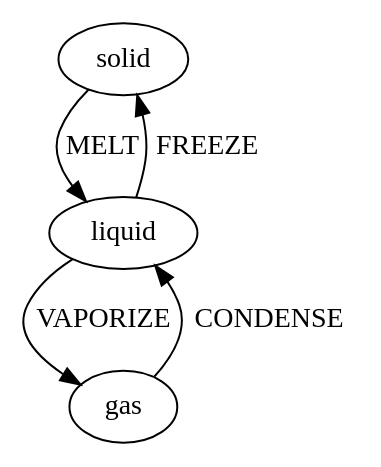
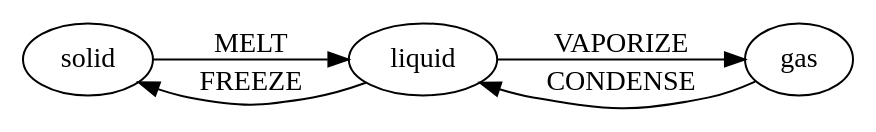
Before and after one commit to AkamTemitope/statemachines: the diagram in src/examples/matter.dot, drawn with Graphviz. The commit also changed 1 other file, not shown here.

```diff
--- a/src/examples/matter.dot
+++ b/src/examples/matter.dot
@@ -1,10 +1,10 @@
 digraph "matter" {
-  rankdir=TB;
+  rankdir=LR;
   "solid";
   "liquid";
   "gas";
   "solid" -> "liquid" [ label="MELT" ];
   "liquid" -> "solid" [ label="FREEZE" ];
   "liquid" -> "gas" [ label="VAPORIZE" ];
   "gas" -> "liquid" [ label="CONDENSE" ];
 }
```
